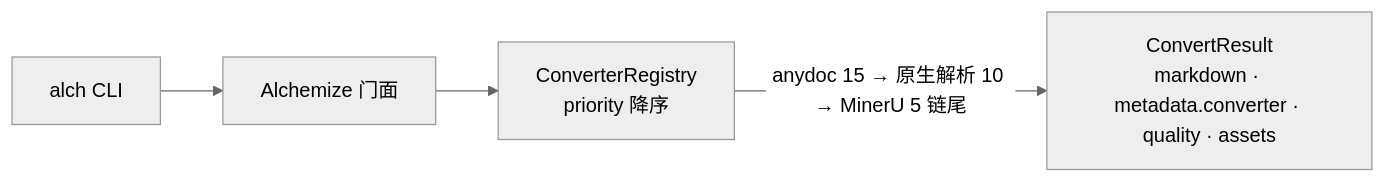
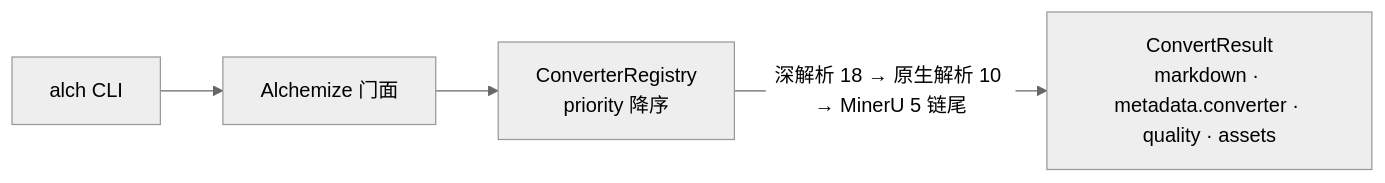
Before and after one commit to Kirky-X/alchemize: the diagram in README.md, drawn with Mermaid (neutral theme). The commit also changed other lines of this file and 43 other files, not shown here.

````diff
--- a/README.md
+++ b/README.md
@@ -230,6 +257,6 @@
 ```mermaid
 flowchart LR
     CLI["alch CLI"] --> FACADE["Alchemize 门面"]
     FACADE --> REG["ConverterRegistry<br/>priority 降序"]
-    REG -- "anydoc 15 → 原生解析 10 → MinerU 5 链尾" --> RESULT["ConvertResult<br/>markdown · metadata.converter · quality · assets"]
+    REG -- "深解析 18 → 原生解析 10 → MinerU 5 链尾" --> RESULT["ConvertResult<br/>markdown · metadata.converter · quality · assets"]
 ```
````
